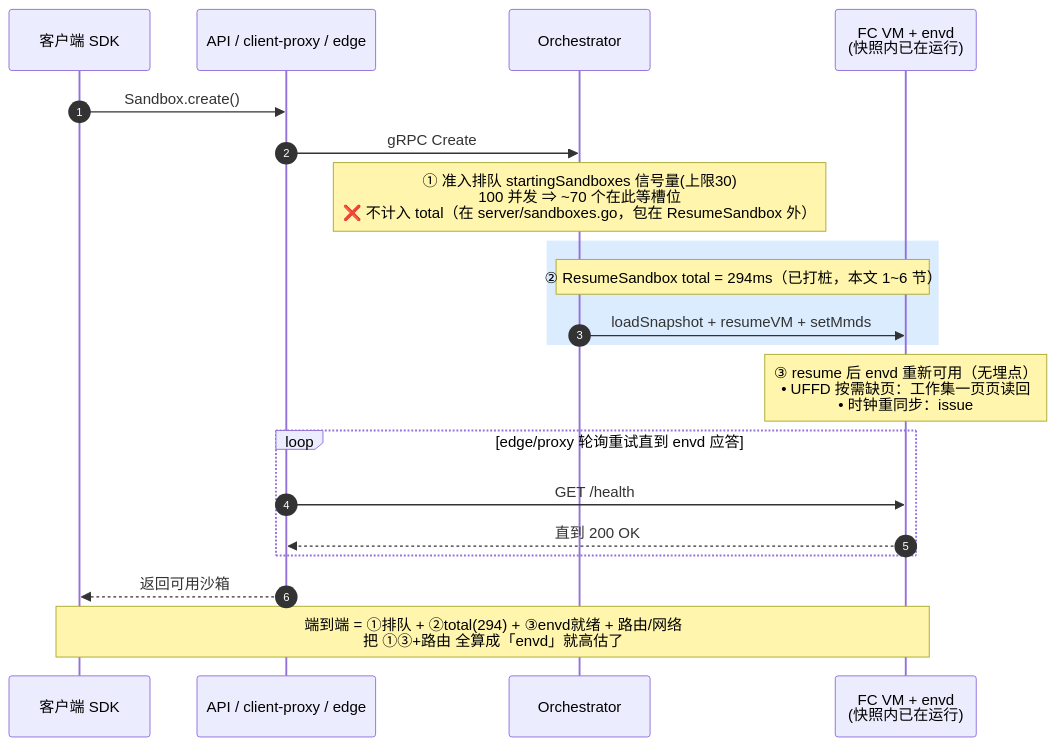
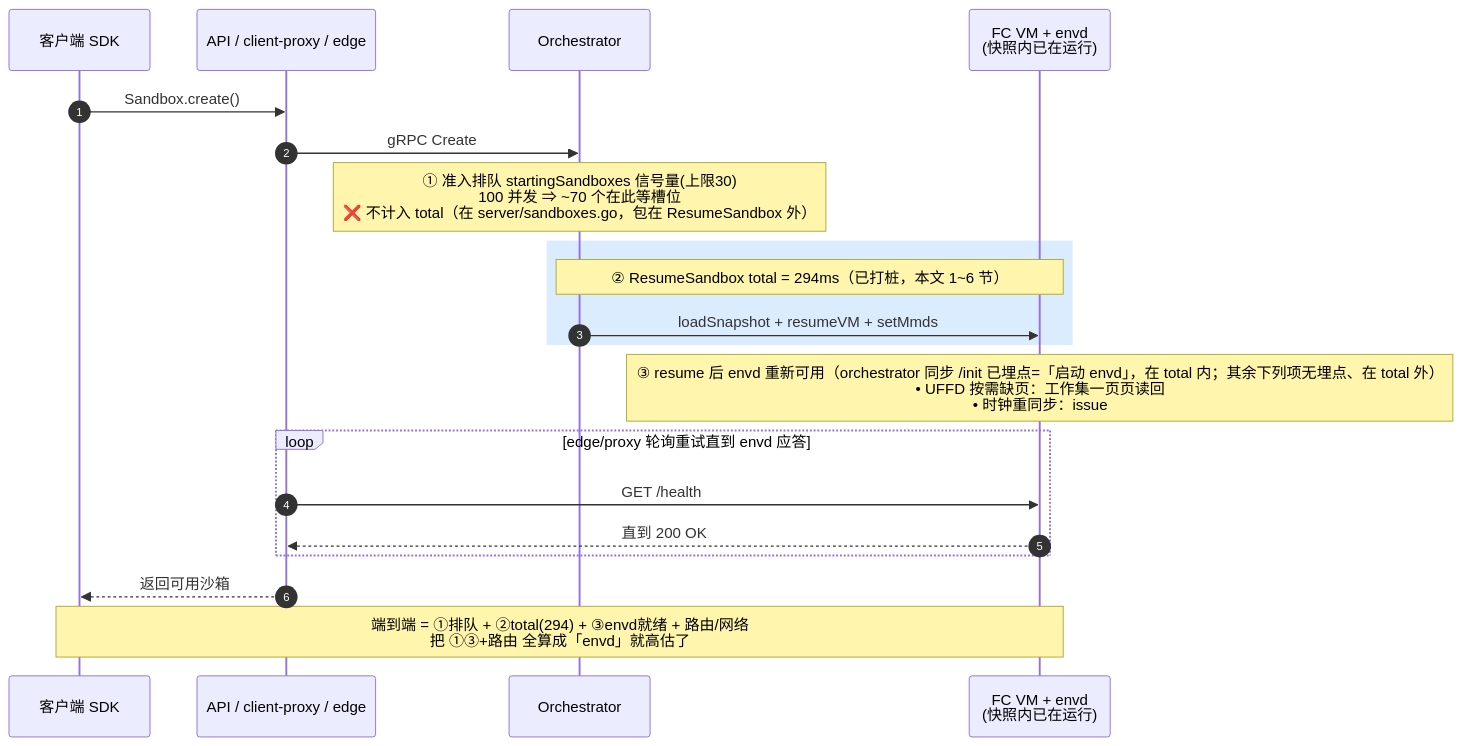
Before and after one commit to AustinJiangg/e2b-infra: the fourth of 4 diagrams in benchmark/启动耗时阶段分析.md, drawn with Mermaid. The commit also changed other lines of this file and 6 other files, not shown here.

````diff
--- a/benchmark/启动耗时阶段分析.md
+++ b/benchmark/启动耗时阶段分析.md
@@ -207,23 +230,23 @@
 ```mermaid
 sequenceDiagram
     autonumber
     participant C as 客户端 SDK
     participant API as API / client-proxy / edge
     participant O as Orchestrator
     participant V as FC VM + envd<br/>(快照内已在运行)
 
     C->>API: Sandbox.create()
     API->>O: gRPC Create
     Note over O: ① 准入排队 startingSandboxes 信号量(上限30)<br/>100 并发 ⇒ ~70 个在此等槽位<br/>❌ 不计入 total（在 server/sandboxes.go，包在 ResumeSandbox 外）
     rect rgb(220,236,255)
     Note over O,V: ② ResumeSandbox total = 294ms（已打桩，本文 1~6 节）
     O->>V: loadSnapshot + resumeVM + setMmds
     end
-    Note over V: ③ resume 后 envd 重新可用（无埋点）<br/>• UFFD 按需缺页：工作集一页页读回<br/>• 时钟重同步：issue#89 漂移数百 ms<br/>• MMDS 取 access token / 新身份<br/>• /init 注入 env 后 health 就绪
+    Note over V: ③ resume 后 envd 重新可用（orchestrator 同步 /init 已埋点=「启动 envd」，在 total 内；其余下列项无埋点、在 total 外）<br/>• UFFD 按需缺页：工作集一页页读回<br/>• 时钟重同步：issue#89 漂移数百 ms<br/>• MMDS 取 access token / 新身份<br/>• /init 注入 env 后 health 就绪（proxy 轮询）
     loop edge/proxy 轮询重试直到 envd 应答
         API->>V: GET /health
         V-->>API: 直到 200 OK
     end
     API-->>C: 返回可用沙箱
     Note over C,V: 端到端 = ①排队 + ②total(294) + ③envd就绪 + 路由/网络<br/>把 ①③+路由 全算成「envd」就高估了
 ```
````
